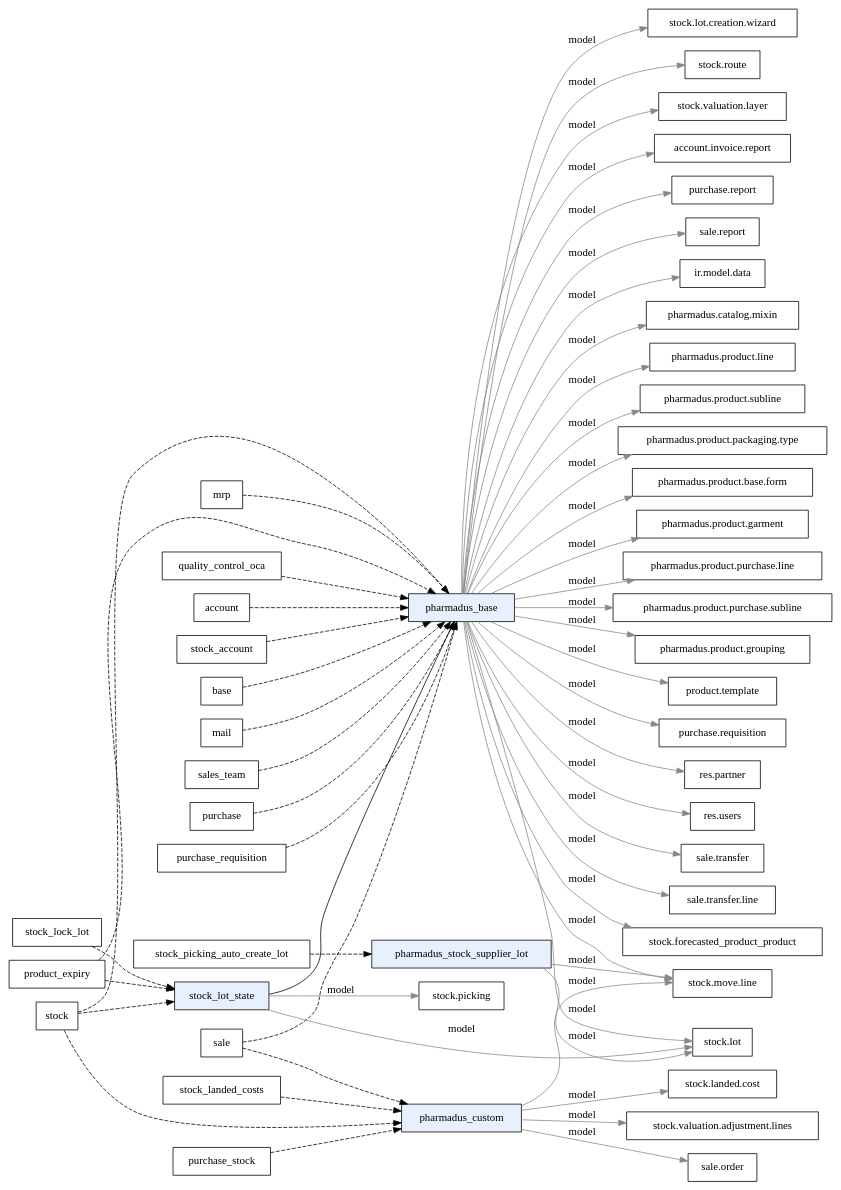
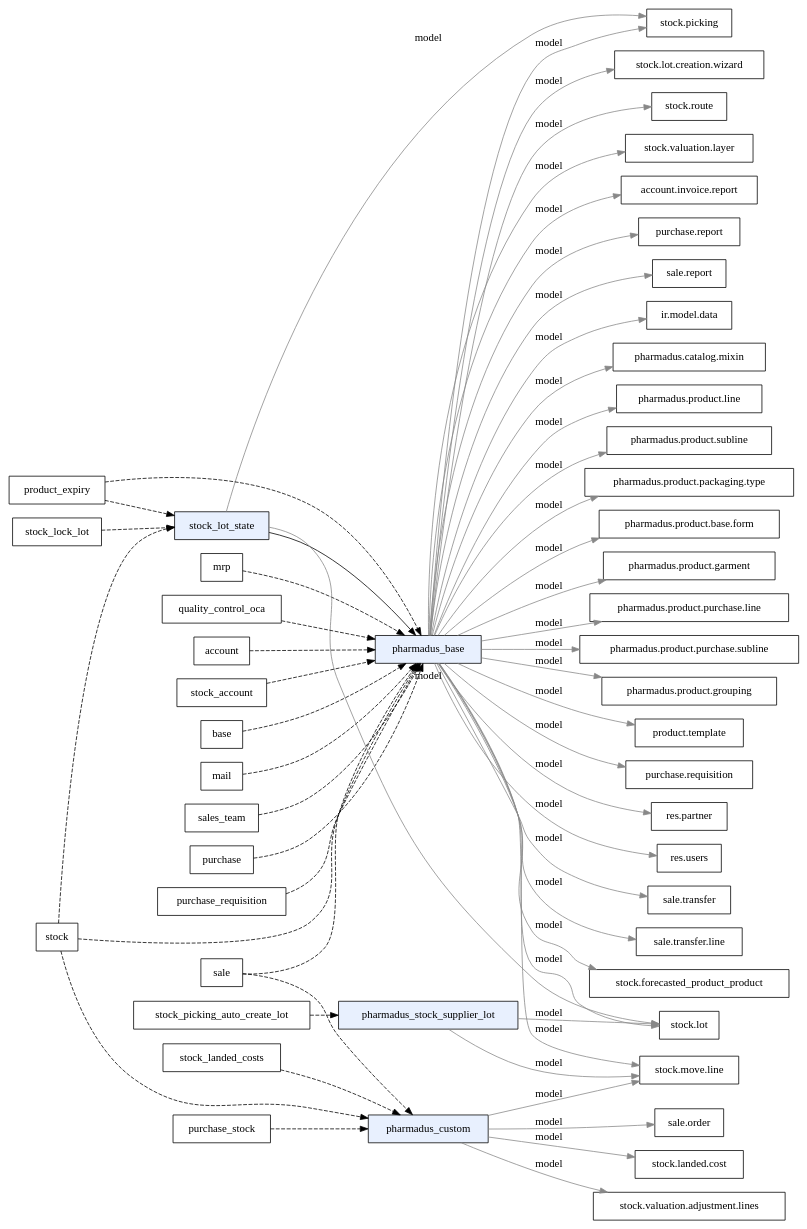
One commit to Ipharmadus/odoo changed the diagram in .skills/project-graph/graph/addons-dependencies.dot. Above: the diagram before and after it, drawn with Graphviz. The commit also changed 8 other files, not shown here.

```diff
--- a/.skills/project-graph/graph/addons-dependencies.dot
+++ b/.skills/project-graph/graph/addons-dependencies.dot
@@ -1,62 +1,63 @@
 digraph pharmadus_addons {
   rankdir=LR;
   node [shape=box];
   "pharmadus_base" [style=filled, fillcolor="#e8f0fe"];
   "base" -> "pharmadus_base" [style=dashed];
   "mail" -> "pharmadus_base" [style=dashed];
   "sales_team" -> "pharmadus_base" [style=dashed];
   "sale" -> "pharmadus_base" [style=dashed];
   "purchase" -> "pharmadus_base" [style=dashed];
   "purchase_requisition" -> "pharmadus_base" [style=dashed];
   "stock" -> "pharmadus_base" [style=dashed];
   "mrp" -> "pharmadus_base" [style=dashed];
   "stock_lot_state" -> "pharmadus_base" [style=solid];
   "product_expiry" -> "pharmadus_base" [style=dashed];
   "quality_control_oca" -> "pharmadus_base" [style=dashed];
   "account" -> "pharmadus_base" [style=dashed];
   "stock_account" -> "pharmadus_base" [style=dashed];
   "pharmadus_base" -> "ir.model.data" [label="model", color="#888888"];
   "pharmadus_base" -> "pharmadus.catalog.mixin" [label="model", color="#888888"];
   "pharmadus_base" -> "pharmadus.product.line" [label="model", color="#888888"];
   "pharmadus_base" -> "pharmadus.product.subline" [label="model", color="#888888"];
   "pharmadus_base" -> "pharmadus.product.packaging.type" [label="model", color="#888888"];
   "pharmadus_base" -> "pharmadus.product.base.form" [label="model", color="#888888"];
   "pharmadus_base" -> "pharmadus.product.garment" [label="model", color="#888888"];
   "pharmadus_base" -> "pharmadus.product.purchase.line" [label="model", color="#888888"];
   "pharmadus_base" -> "pharmadus.product.purchase.subline" [label="model", color="#888888"];
   "pharmadus_base" -> "pharmadus.product.grouping" [label="model", color="#888888"];
   "pharmadus_base" -> "product.template" [label="model", color="#888888"];
   "pharmadus_base" -> "purchase.requisition" [label="model", color="#888888"];
   "pharmadus_base" -> "res.partner" [label="model", color="#888888"];
   "pharmadus_base" -> "res.users" [label="model", color="#888888"];
   "pharmadus_base" -> "sale.transfer" [label="model", color="#888888"];
   "pharmadus_base" -> "sale.transfer.line" [label="model", color="#888888"];
   "pharmadus_base" -> "stock.forecasted_product_product" [label="model", color="#888888"];
   "pharmadus_base" -> "stock.lot" [label="model", color="#888888"];
   "pharmadus_base" -> "stock.lot.creation.wizard" [label="model", color="#888888"];
   "pharmadus_base" -> "stock.move.line" [label="model", color="#888888"];
+  "pharmadus_base" -> "stock.picking" [label="model", color="#888888"];
   "pharmadus_base" -> "stock.route" [label="model", color="#888888"];
   "pharmadus_base" -> "stock.valuation.layer" [label="model", color="#888888"];
   "pharmadus_base" -> "account.invoice.report" [label="model", color="#888888"];
   "pharmadus_base" -> "purchase.report" [label="model", color="#888888"];
   "pharmadus_base" -> "sale.report" [label="model", color="#888888"];
   "pharmadus_custom" [style=filled, fillcolor="#e8f0fe"];
   "sale" -> "pharmadus_custom" [style=dashed];
   "stock" -> "pharmadus_custom" [style=dashed];
   "purchase_stock" -> "pharmadus_custom" [style=dashed];
   "stock_landed_costs" -> "pharmadus_custom" [style=dashed];
   "pharmadus_custom" -> "sale.order" [label="model", color="#888888"];
   "pharmadus_custom" -> "stock.landed.cost" [label="model", color="#888888"];
   "pharmadus_custom" -> "stock.move.line" [label="model", color="#888888"];
   "pharmadus_custom" -> "stock.valuation.adjustment.lines" [label="model", color="#888888"];
   "pharmadus_stock_supplier_lot" [style=filled, fillcolor="#e8f0fe"];
   "stock_picking_auto_create_lot" -> "pharmadus_stock_supplier_lot" [style=dashed];
   "pharmadus_stock_supplier_lot" -> "stock.lot" [label="model", color="#888888"];
   "pharmadus_stock_supplier_lot" -> "stock.move.line" [label="model", color="#888888"];
   "stock_lot_state" [style=filled, fillcolor="#e8f0fe"];
   "stock" -> "stock_lot_state" [style=dashed];
   "product_expiry" -> "stock_lot_state" [style=dashed];
   "stock_lock_lot" -> "stock_lot_state" [style=dashed];
   "stock_lot_state" -> "stock.lot" [label="model", color="#888888"];
   "stock_lot_state" -> "stock.picking" [label="model", color="#888888"];
 }
```
